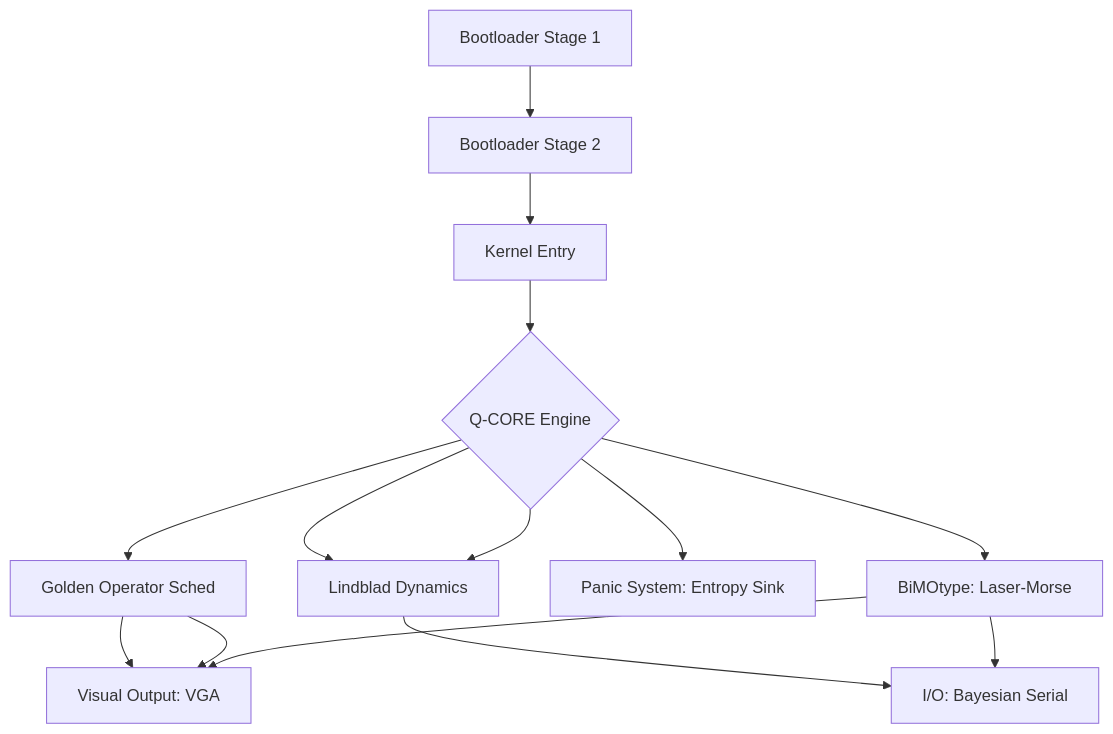
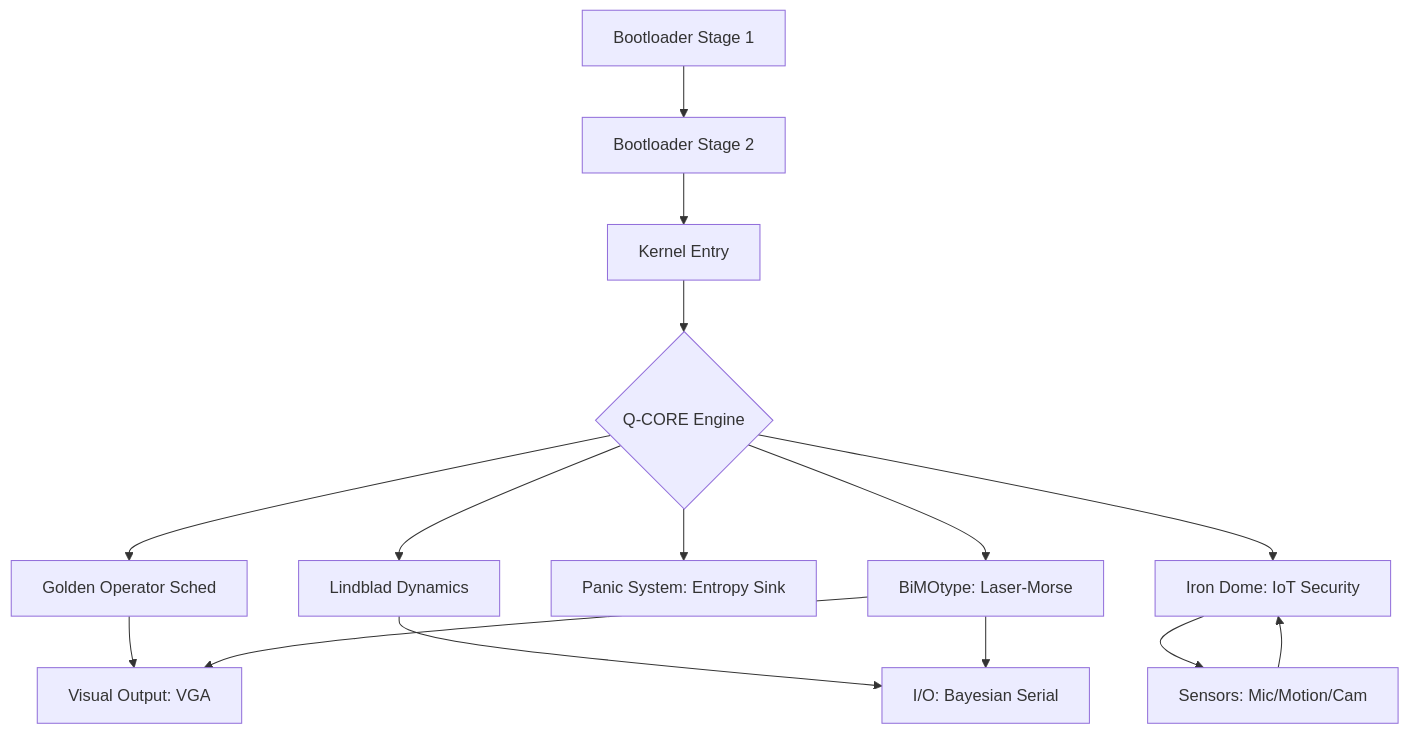
One commit to smokappstore/Smopsys changed the diagram in README.md. Above: the diagram before and after it, drawn with Mermaid. The commit also changed other lines of this file, not shown here.

````diff
--- a/README.md
+++ b/README.md
@@ -47,17 +55,18 @@
 ```mermaid
 graph TD
     A[Bootloader Stage 1] --> B[Bootloader Stage 2]
     B --> C[Kernel Entry]
     C --> D{Q-CORE Engine}
     D --> E[Golden Operator Sched]
     D --> F[Lindblad Dynamics]
-    E --> G[Visual Output: VGA]
-    D --> F[Lindblad Dynamics]
     D --> I[Panic System: Entropy Sink]
     D --> J[BiMOtype: Laser-Morse]
+    D --> K[Iron Dome: IoT Security]
     E --> G[Visual Output: VGA]
     F --> H[I/O: Bayesian Serial]
     J --> G
     J --> H
+    K --> L[Sensors: Mic/Motion/Cam]
+    L --> K
 
 ```
````
